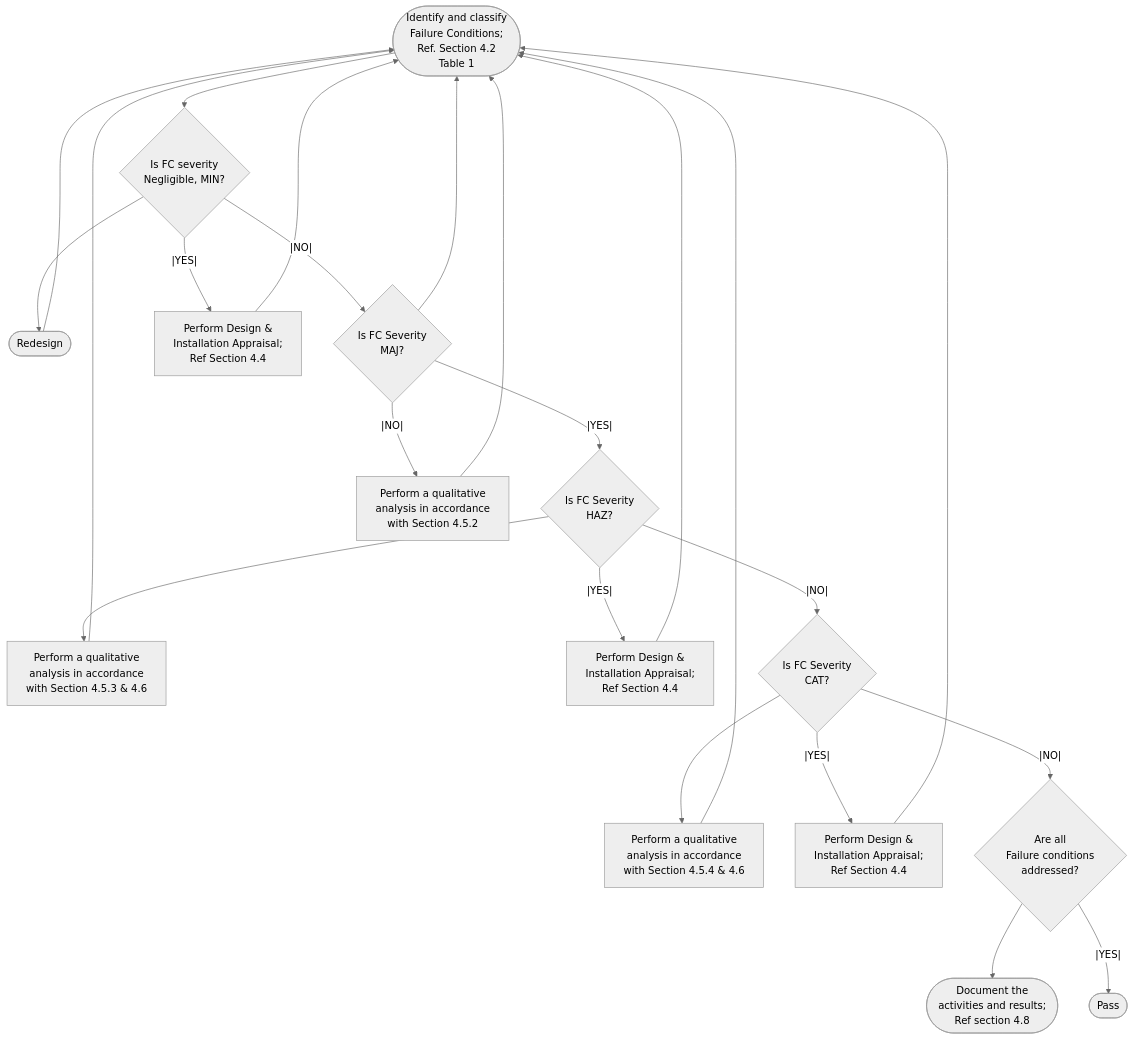
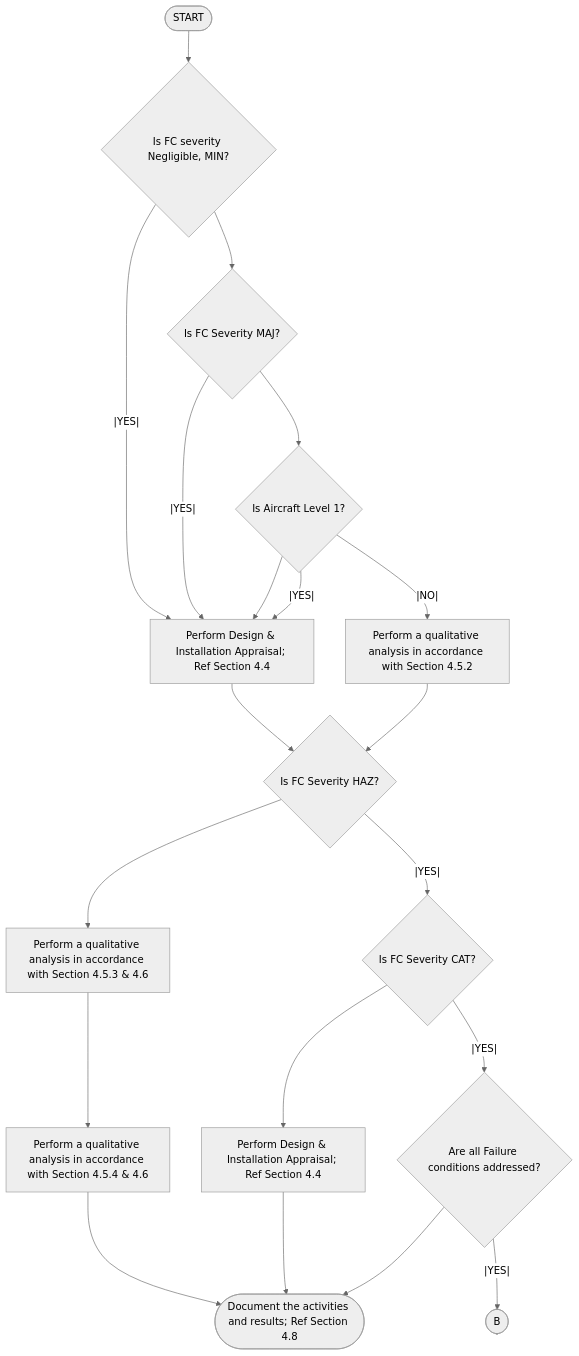
Before and after one commit to natalyarockets/flowcode: the diagram in graph.mmd, drawn with Mermaid (neutral theme). The commit also changed 5 other files, not shown here.

```diff
--- a/graph.mmd
+++ b/graph.mmd
@@ -1,61 +1,34 @@
 flowchart TD
-    s0([Identify and classify
-Failure Conditions;
-Ref. Section 4.2
-Table 1])
-    s1{Is FC severity
-Negligible, MIN?}
-    s2([Redesign])
-    s3{Is FC Severity
-MAJ?}
-    s4[Perform Design &
-Installation Appraisal;
-Ref Section 4.4]
-    s5{Is FC Severity
-HAZ?}
-    s6[Perform a qualitative
-analysis in accordance
-with Section 4.5.2]
-    s7[Perform a qualitative
-analysis in accordance
-with Section 4.5.3 & 4.6]
-    s8[Perform Design &
-Installation Appraisal;
-Ref Section 4.4]
-    s9{Is FC Severity
-CAT?}
-    s10[Perform a qualitative
-analysis in accordance
-with Section 4.5.4 & 4.6]
-    s11[Perform Design &
-Installation Appraisal;
-Ref Section 4.4]
-    s12{Are all
-Failure conditions
-addressed?}
-    s13([Document the
-activities and results;
-Ref section 4.8])
-    s14([Pass])
+    s0([START])
+    s1{Is FC severity Negligible, MIN?}
+    s2{Is FC Severity MAJ?}
+    s3{Is Aircraft Level 1?}
+    s4[Perform Design & Installation Appraisal; Ref Section 4.4]
+    s5[Perform a qualitative analysis in accordance with Section 4.5.2]
+    s6{Is FC Severity HAZ?}
+    s7[Perform a qualitative analysis in accordance with Section 4.5.3 & 4.6]
+    s8{Is FC Severity CAT?}
+    s9[Perform a qualitative analysis in accordance with Section 4.5.4 & 4.6]
+    s10[Perform Design & Installation Appraisal; Ref Section 4.4]
+    s11{Are all Failure conditions addressed?}
+    s12([Document the activities and results; Ref Section 4.8])
+    s13([B])
     s0 --> s1
     s1 --> s2
     s1 --|YES|--> s4
-    s1 --|NO|--> s3
-    s2 --> s0
-    s3 --> s0
-    s3 --|YES|--> s5
-    s3 --|NO|--> s6
-    s4 --> s0
-    s5 --> s7
-    s5 --|YES|--> s8
-    s5 --|NO|--> s9
-    s6 --> s0
-    s7 --> s0
-    s8 --> s0
-    s9 --> s10
-    s9 --|YES|--> s11
-    s9 --|NO|--> s12
-    s10 --> s0
-    s11 --> s0
-    s12 --> s13
-    s12 --|YES|--> s14
+    s2 --> s3
+    s2 --|YES|--> s4
+    s3 --> s4
+    s3 --|YES|--> s4
+    s3 --|NO|--> s5
+    s4 --> s6
+    s5 --> s6
+    s6 --> s7
+    s6 --|YES|--> s8
+    s7 --> s9
+    s8 --> s10
+    s8 --|YES|--> s11
+    s9 --> s12
+    s10 --> s12
+    s11 --> s12
+    s11 --|YES|--> s13
```
